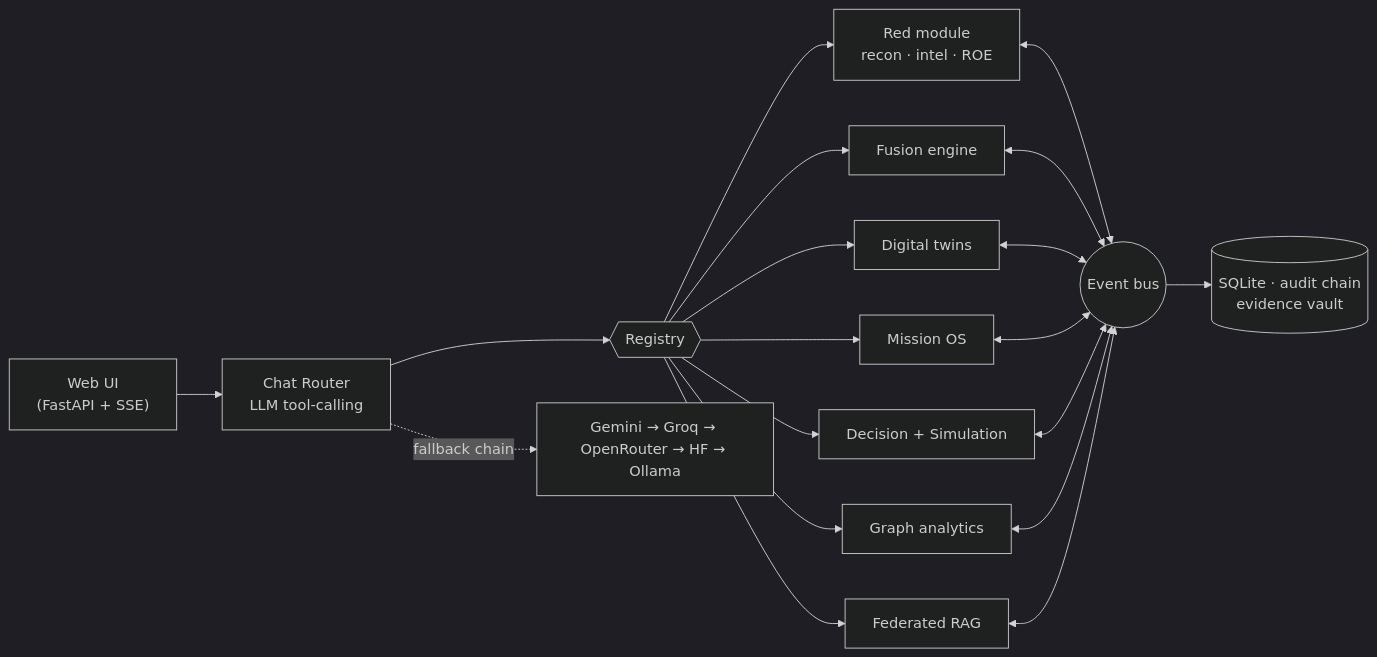
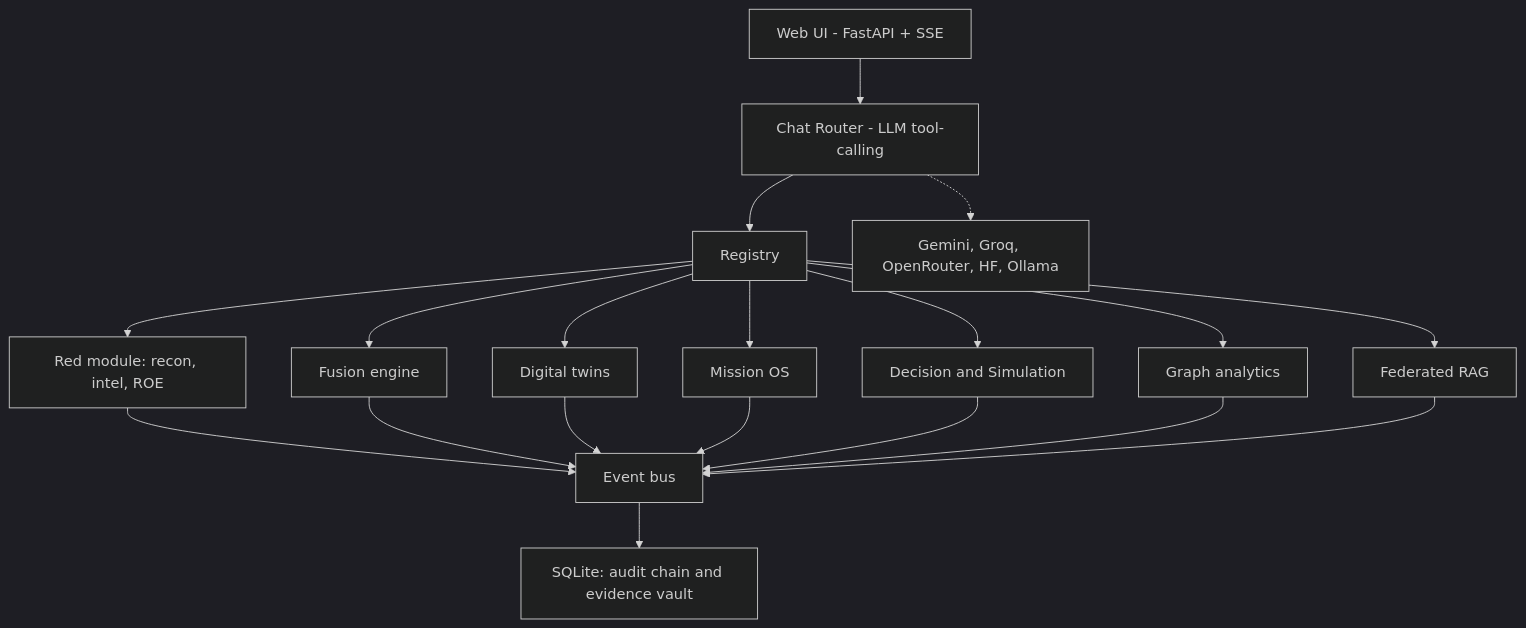
Before and after one commit to satanonsteroids2024-zzz/ARES-X: the diagram in README.md, drawn with Mermaid (dark theme).

Commit message:
Fix architecture diagram rendering

````diff
--- a/README.md
+++ b/README.md
@@ -58,15 +58,21 @@
 ```mermaid
-flowchart LR
-    UI["Web UI<br/>(FastAPI + SSE)"] --> R["Chat Router<br/>LLM tool-calling"]
-    R --> REG{{"Registry"}}
-    REG --> RED["Red module<br/>recon · intel · ROE"]
+flowchart TD
+    UI["Web UI - FastAPI + SSE"] --> R["Chat Router - LLM tool-calling"]
+    R --> REG["Registry"]
+    REG --> RED["Red module: recon, intel, ROE"]
     REG --> FUS["Fusion engine"]
     REG --> TWIN["Digital twins"]
     REG --> MIS["Mission OS"]
-    REG --> DEC["Decision + Simulation"]
+    REG --> DEC["Decision and Simulation"]
     REG --> GR["Graph analytics"]
     REG --> RAG["Federated RAG"]
-    RED & FUS & TWIN & MIS & DEC & GR & RAG <--> BUS(("Event bus"))
-    BUS --> ST[("SQLite · audit chain<br/>evidence vault")]
-    R -. fallback chain .-> LLM["Gemini → Groq → OpenRouter → HF → Ollama"]
+    RED --> BUS["Event bus"]
+    FUS --> BUS
+    TWIN --> BUS
+    MIS --> BUS
+    DEC --> BUS
+    GR --> BUS
+    RAG --> BUS
+    BUS --> ST["SQLite: audit chain and evidence vault"]
+    R -.-> LLM["Gemini, Groq, OpenRouter, HF, Ollama"]
 ```
````
